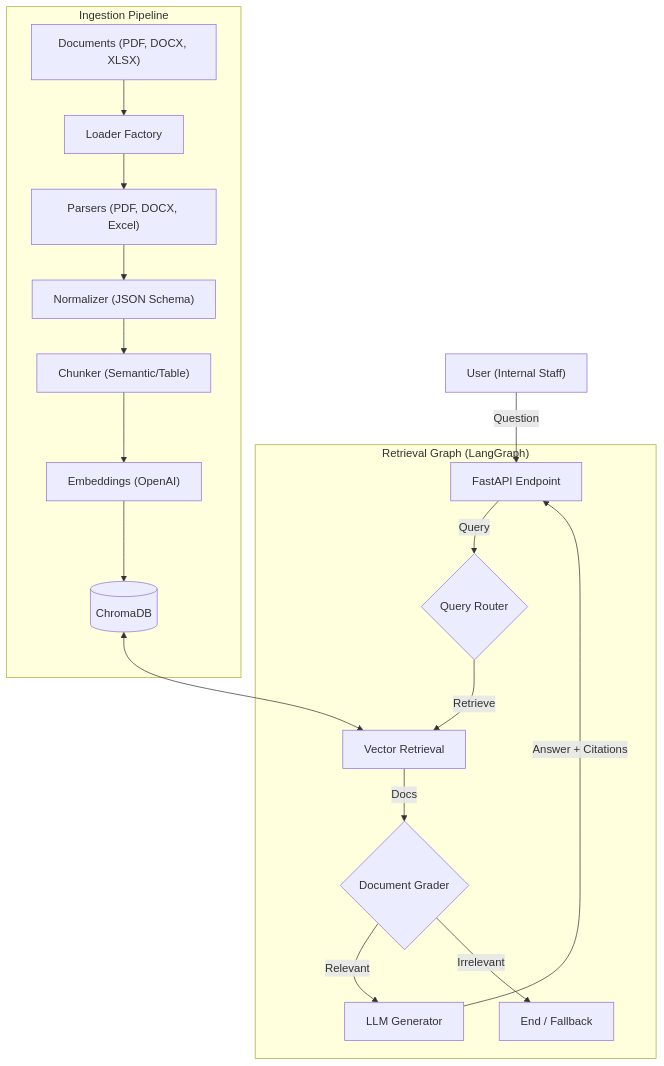
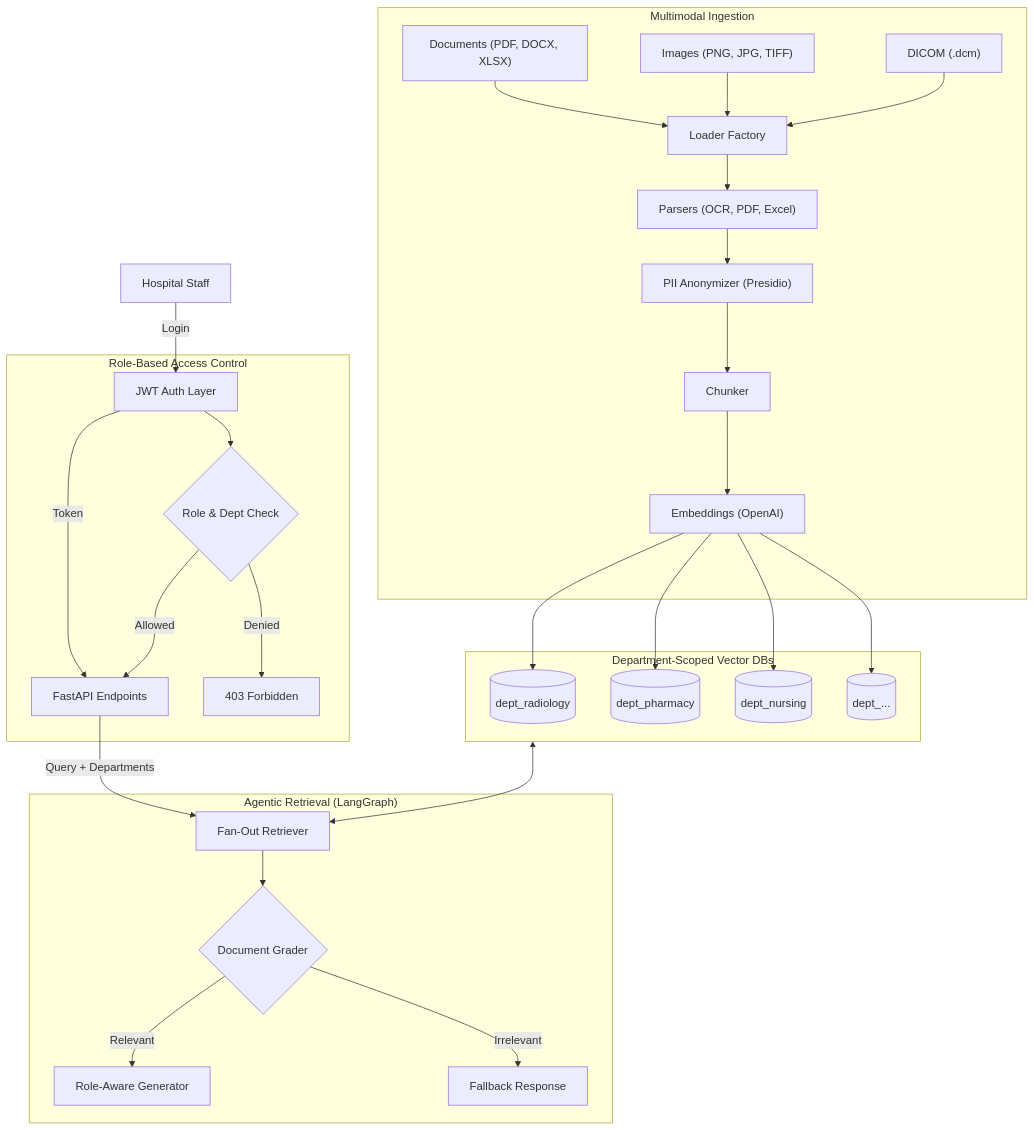
One commit to Anudeepsrib/ClinIQ changed the diagram in README.md. Above: the diagram before and after it, drawn with Mermaid. The commit also changed other lines of this file and 9 other files, not shown here.

````diff
--- a/README.md
+++ b/README.md
@@ -26,24 +42,37 @@
 ```mermaid
 graph TD
-    User["User (Internal Staff)"] -->|Question| API["FastAPI Endpoint"]
-    
-    subgraph IngestionPipeline ["Ingestion Pipeline"]
+    User["Hospital Staff"] -->|Login| Auth["JWT Auth Layer"]
+    Auth -->|Token| API["FastAPI Endpoints"]
+
+    subgraph RBAC ["Role-Based Access Control"]
+        Auth --> RoleCheck{"Role & Dept Check"}
+        RoleCheck -->|Allowed| API
+        RoleCheck -->|Denied| Reject["403 Forbidden"]
+    end
+
+    subgraph IngestionPipeline ["Multimodal Ingestion"]
         Docs["Documents (PDF, DOCX, XLSX)"] --> Loader["Loader Factory"]
-        Loader --> Parser["Parsers (PDF, DOCX, Excel)"]
-        Parser --> Normalizer["Normalizer (JSON Schema)"]
-        Normalizer --> Chunker["Chunker (Semantic/Table)"]
+        Images["Images (PNG, JPG, TIFF)"] --> Loader
+        DICOM["DICOM (.dcm)"] --> Loader
+        Loader --> Parser["Parsers (OCR, PDF, Excel)"]
+        Parser --> PII["PII Anonymizer (Presidio)"]
+        PII --> Chunker["Chunker"]
         Chunker --> Embed["Embeddings (OpenAI)"]
-        Embed --> VectorDB[("ChromaDB")]
     end
-    
-    subgraph RetrievalGraph ["Retrieval Graph (LangGraph)"]
-        API -->|Query| Router{"Query Router"}
-        Router -->|Retrieve| Retriever["Vector Retrieval"]
-        Retriever -->|Docs| Grader{"Document Grader"}
-        Grader -->|Relevant| Generator["LLM Generator"]
-        Grader -->|Irrelevant| EndNode["End / Fallback"]
-        Generator -->|Answer + Citations| API
+
+    subgraph VectorDBs ["Department-Scoped Vector DBs"]
+        Embed --> DB1[("dept_radiology")]
+        Embed --> DB2[("dept_pharmacy")]
+        Embed --> DB3[("dept_nursing")]
+        Embed --> DBn[("dept_...")]
     end
-    
-    VectorDB <--> Retriever
+
+    subgraph RetrievalGraph ["Agentic Retrieval (LangGraph)"]
+        API -->|Query + Departments| Retriever["Fan-Out Retriever"]
+        Retriever --> Grader{"Document Grader"}
+        Grader -->|Relevant| Generator["Role-Aware Generator"]
+        Grader -->|Irrelevant| Fallback["Fallback Response"]
+    end
+
+    VectorDBs <--> Retriever
 ```
````
